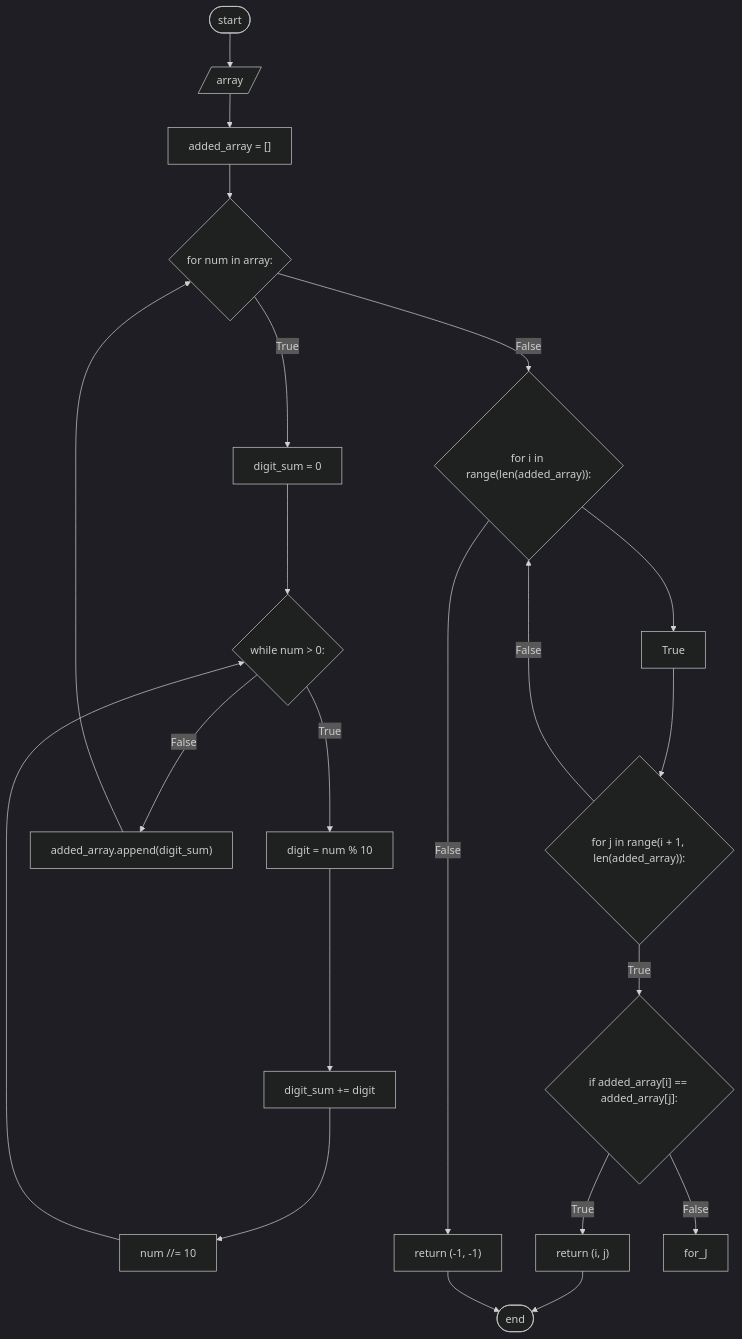
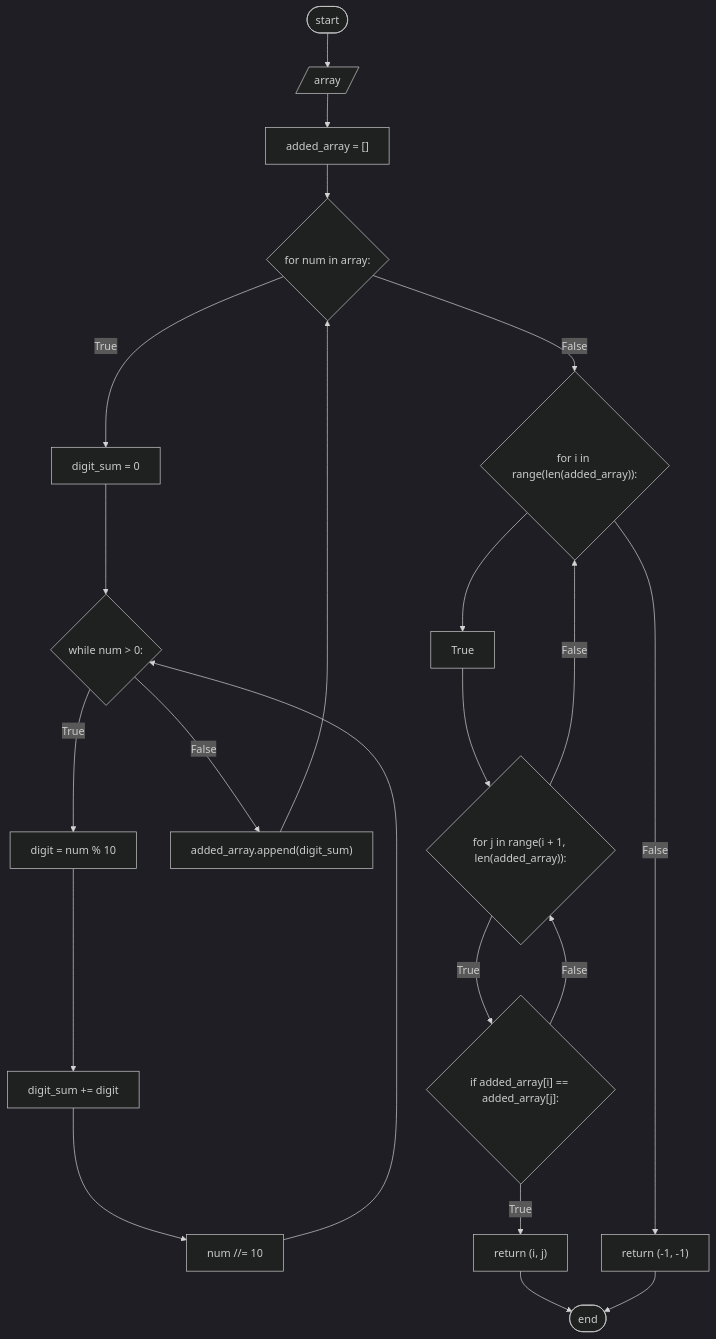
Before and after one commit to mikerusensei/flowcharts: the diagram in functions/function_102/README.md, drawn with Mermaid (dark theme).

````diff
--- a/functions/function_102/README.md
+++ b/functions/function_102/README.md
@@ -14,40 +14,40 @@
 ```mermaid
     flowchart TD
         start([start])
         array[/array/]
         added_array["added_array = []"]
         for_num{"for num in array:"}
         digit_sum["digit_sum = 0"]
         while_num{"while num > 0:"}
         digit["digit = num % 10"]
         add_digit_sum["digit_sum += digit"]
         div_num["num //= 10"]
         append["added_array.append(digit_sum)"]
         for_i{"for i in range(len(added_array)):"}
         for_j{"for j in range(i + 1, len(added_array)):"}
         if{"if added_array[i] == added_array[j]:"}
         return["return (i, j)"]
         negative["return (-1, -1)"]
         terminate([end])
 
         start --> array
         array --> added_array
         added_array --> for_num
         for_num -- True --> digit_sum
         digit_sum --> while_num
         while_num -- True --> digit
         digit --> add_digit_sum
         add_digit_sum --> div_num
         div_num --> while_num
         append --> for_num
         while_num -- False --> append
         for_num -- False --> for_i
         for_i --> True --> for_j
         for_j -- True --> if
         if -- True --> return
         return --> terminate
-        if -- False --> for_J
+        if -- False --> for_j
         for_j -- False --> for_i
         for_i -- False --> negative
         negative --> terminate
 ```
````
